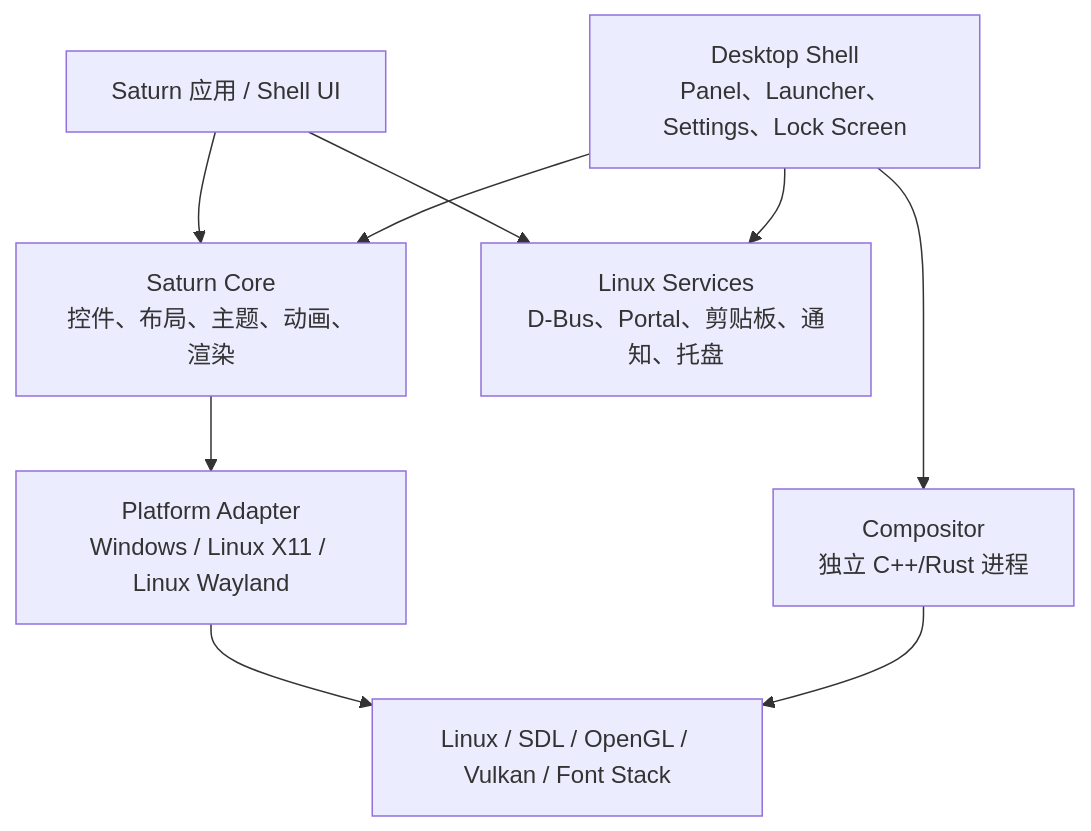
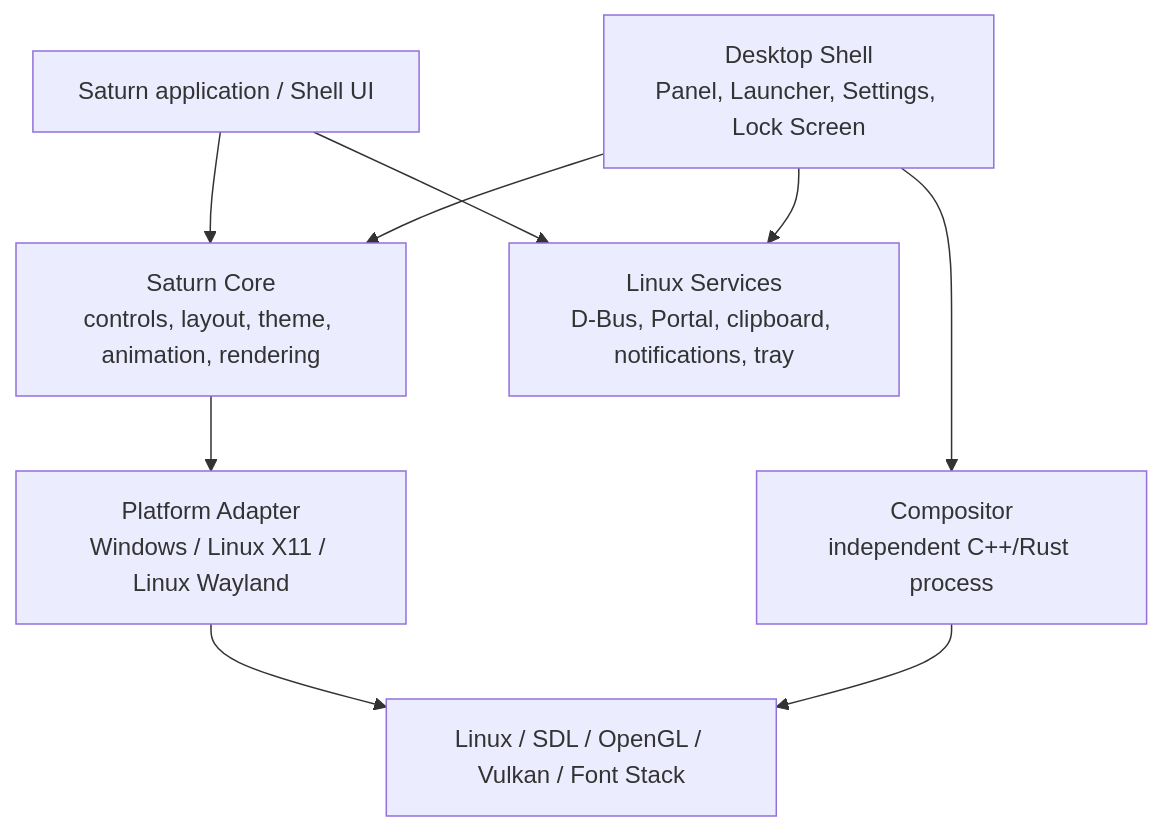
Before and after one commit to the-OmegaLabs/Saturn: the diagram in docs/linux-desktop-roadmap.md, drawn with Mermaid. The commit also changed other lines of this file and 22 other files, not shown here.

````diff
--- a/docs/linux-desktop-roadmap.md
+++ b/docs/linux-desktop-roadmap.md
@@ -109,19 +109,19 @@
 ```mermaid
 flowchart TB
-    App[Saturn 应用 / Shell UI]
-    Core[Saturn Core\n控件、布局、主题、动画、渲染]
+    App[Saturn application / Shell UI]
+    Core[Saturn Core\ncontrols, layout, theme, animation, rendering]
     Platform[Platform Adapter\nWindows / Linux X11 / Linux Wayland]
-    Services[Linux Services\nD-Bus、Portal、剪贴板、通知、托盘]
-    Shell[Desktop Shell\nPanel、Launcher、Settings、Lock Screen]
-    Compositor[Compositor\n独立 C++/Rust 进程]
+    Services[Linux Services\nD-Bus, Portal, clipboard, notifications, tray]
+    Shell[Desktop Shell\nPanel, Launcher, Settings, Lock Screen]
+    Compositor[Compositor\nindependent C++/Rust process]
     OS[Linux / SDL / OpenGL / Vulkan / Font Stack]
 
     App --> Core
     Shell --> Core
     Core --> Platform
     Platform --> OS
     App --> Services
     Shell --> Services
     Shell --> Compositor
     Compositor --> OS
 ```
````
